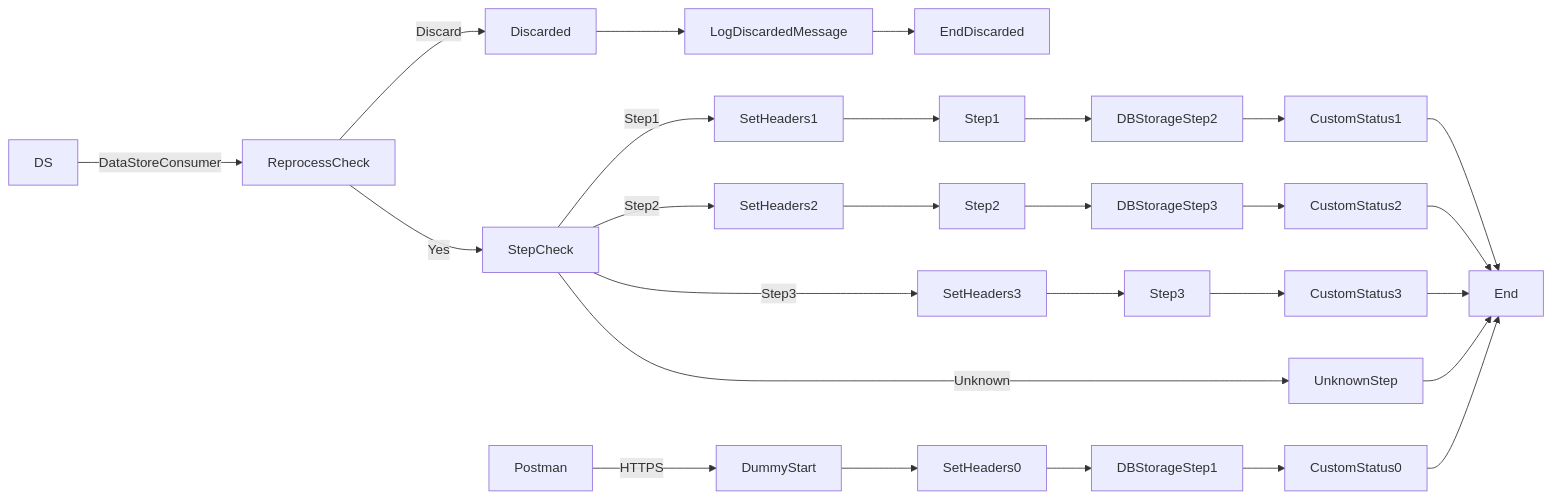
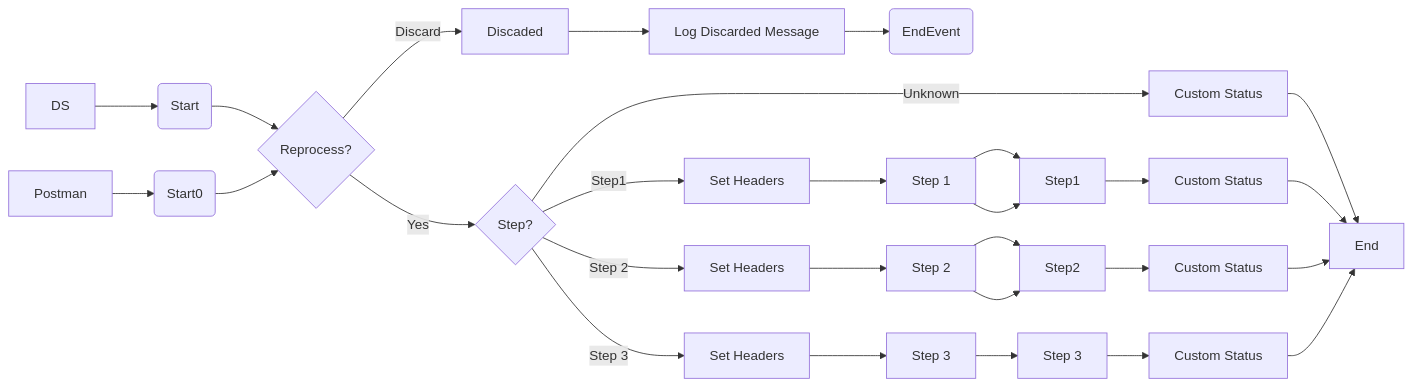
The diagram in MMZ - Cell Iflows/SEDA_Model_-_Single_DS_-_Restart_and_Discard_MMZ-1.0.1/readme.md (Avvale-IA-CICD/AvvaleCPI), drawn with Mermaid before and after one commit. The commit also changed other lines of this file, not shown here.

Commit message:
Add/update documentation for SEDA_Model_-_Single_DS_-_Restart_and_Discard_MMZ v1.0.1

````diff
--- a/MMZ - Cell Iflows/SEDA_Model_-_Single_DS_-_Restart_and_Discard_MMZ-1.0.1/readme.md
+++ b/MMZ - Cell Iflows/SEDA_Model_-_Single_DS_-_Restart_and_Discard_MMZ-1.0.1/readme.md
@@ -5,30 +5,37 @@
 ```mermaid
 graph LR
-    Postman -->|HTTPS| DummyStart
-    DS -->|DataStoreConsumer| ReprocessCheck
-    ReprocessCheck -- Yes --> StepCheck
-    ReprocessCheck -- Discard --> Discarded
-    Discarded --> LogDiscardedMessage
-    LogDiscardedMessage --> EndDiscarded
-    StepCheck -- Step1 --> SetHeaders1
-    StepCheck -- Step2 --> SetHeaders2
-    StepCheck -- Step3 --> SetHeaders3
-    StepCheck -- Unknown --> UnknownStep
-    SetHeaders1 --> Step1
-    SetHeaders2 --> Step2
-    SetHeaders3 --> Step3
-    Step1 --> DBStorageStep2
-    Step2 --> DBStorageStep3
-    Step3 --> CustomStatus3
-    DBStorageStep2 --> CustomStatus1
-    DBStorageStep3 --> CustomStatus2
+    Postman[Postman] --> HTTPS(Start0)
+    DS[DS] --> DataStoreConsumer(Start)
+    DataStoreConsumer(Start) --> Reprocess{Reprocess?}
+    HTTPS(Start0) --> Reprocess
+
+    Reprocess{Reprocess?} -- Yes --> StepGateway{Step?}
+    Reprocess -- Discard --> Discaded[Discaded]
+    Discaded --> LogDiscarded[Log Discarded Message]
+    LogDiscarded --> DiscardedMaxRetries(EndEvent)
+
+    StepGateway -- Step1 --> SetHeaders1[Set Headers]
+    StepGateway -- Step 2 --> SetHeaders2[Set Headers]
+    StepGateway -- Step 3 --> SetHeaders3[Set Headers]
+    StepGateway -- Unknown --> UnknownStep[Custom Status]
+    UnknownStep --> End
+
+    SetHeaders1 --> Step1[Step 1]
+    SetHeaders2 --> Step2[Step 2]
+    SetHeaders3 --> Step3[Step 3]
+
+    Step1 --> StoreStep1[Step1]
+    Step2 --> StoreStep2[Step2]
+    StoreStep1 --> CustomStatus1[Custom Status]
+    StoreStep2 --> CustomStatus2[Custom Status]
+
     CustomStatus1 --> End
     CustomStatus2 --> End
+
+    Step1 --> StoreStep1
+    Step2 --> StoreStep2
+    Step3 --> Step3Call[Step 3]
+
+    Step3Call --> CustomStatus3[Custom Status]
     CustomStatus3 --> End
-    UnknownStep --> End
-    DummyStart --> SetHeaders0
-    SetHeaders0 --> DBStorageStep1
-    DBStorageStep1 --> CustomStatus0
-    CustomStatus0 --> End
-
 ```
````
